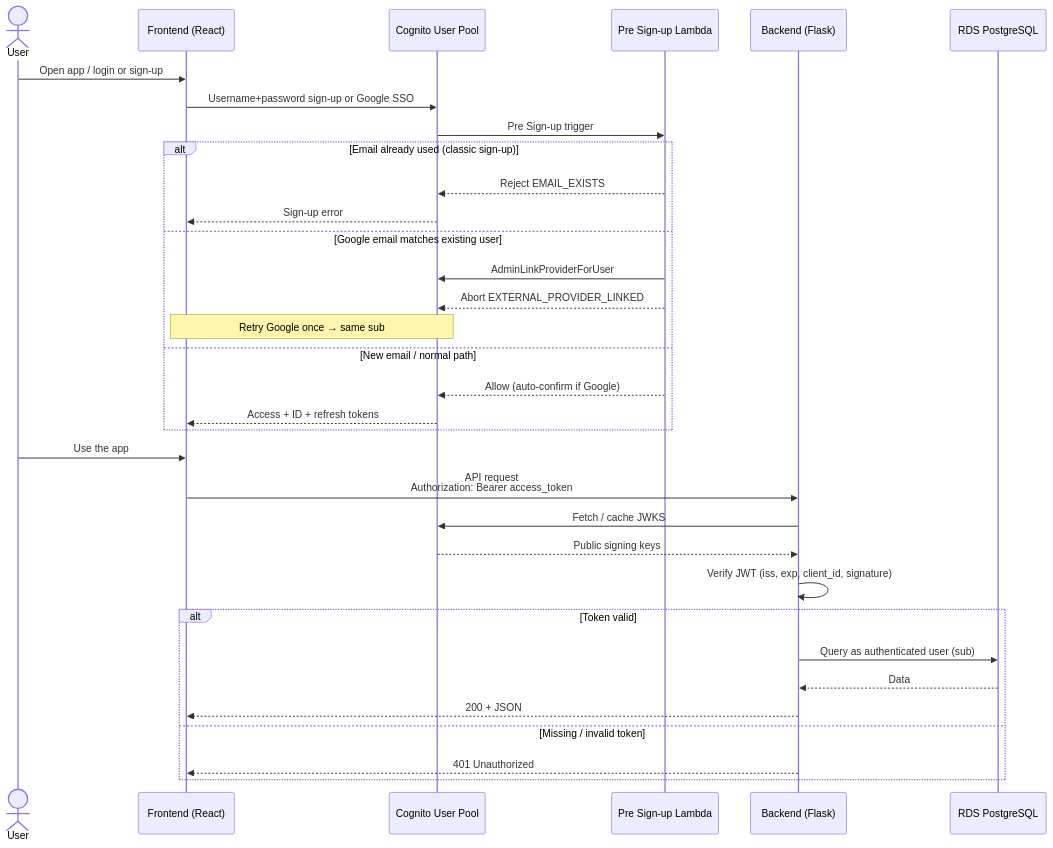
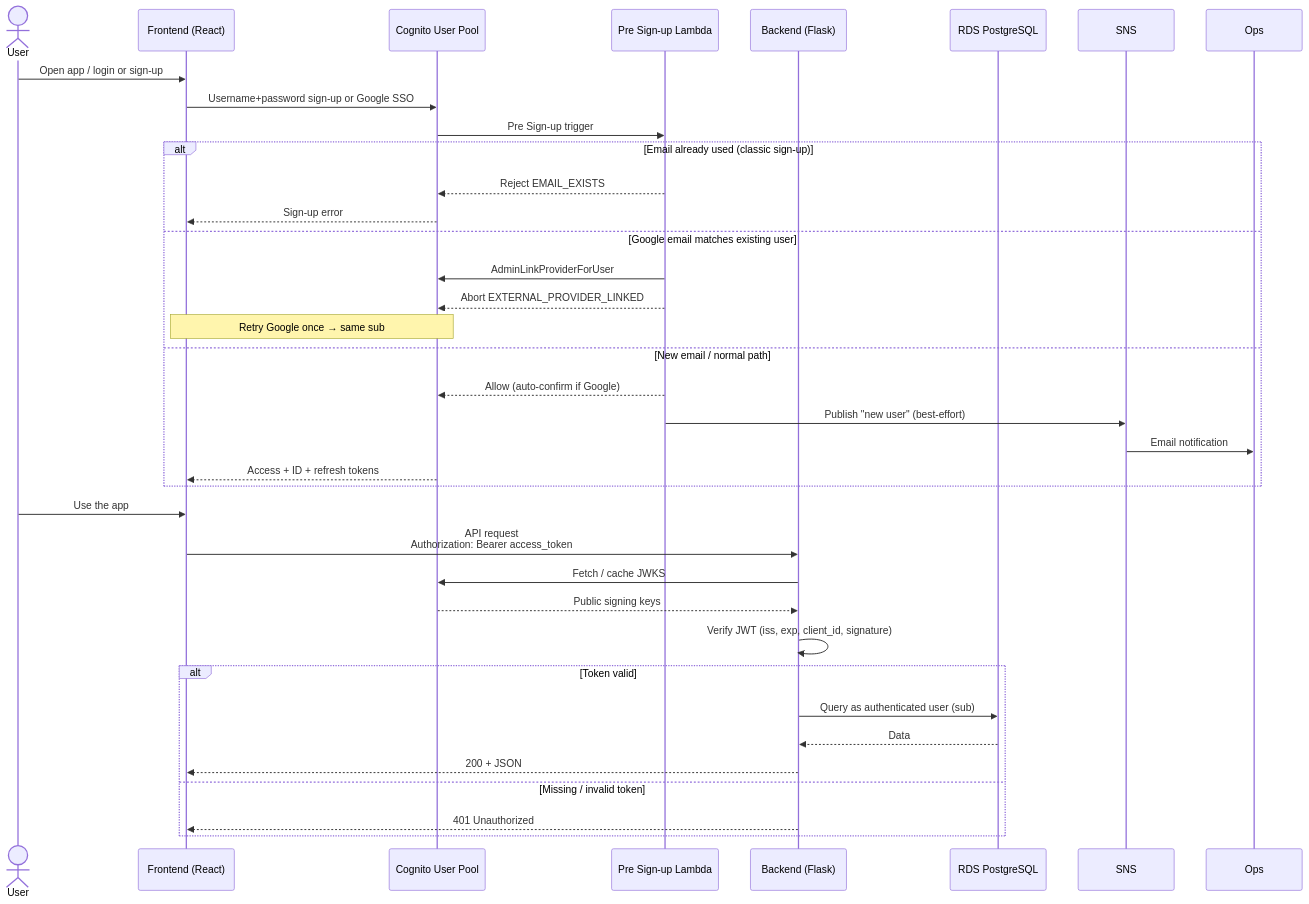
One commit to mazarsju/teacher-wang-infra changed the fourth of 9 diagrams in docs/architecture.md. Above: the diagram before and after it, drawn with Mermaid. The commit also changed other lines of this file and 5 other files, not shown here.

````diff
--- a/docs/architecture.md
+++ b/docs/architecture.md
@@ -85,37 +91,39 @@
 ```mermaid
 sequenceDiagram
   actor User
   participant FE as Frontend (React)
   participant Cognito as Cognito User Pool
   participant Lambda as Pre Sign-up Lambda
   participant BE as Backend (Flask)
   participant RDS as RDS PostgreSQL
 
   User->>FE: Open app / login or sign-up
   FE->>Cognito: Username+password sign-up or Google SSO
   Cognito->>Lambda: Pre Sign-up trigger
   alt Email already used (classic sign-up)
     Lambda-->>Cognito: Reject EMAIL_EXISTS
     Cognito-->>FE: Sign-up error
   else Google email matches existing user
     Lambda->>Cognito: AdminLinkProviderForUser
     Lambda-->>Cognito: Abort EXTERNAL_PROVIDER_LINKED
     Note over FE,Cognito: Retry Google once → same sub
   else New email / normal path
     Lambda-->>Cognito: Allow (auto-confirm if Google)
+    Lambda->>SNS: Publish "new user" (best-effort)
+    SNS->>Ops: Email notification
     Cognito-->>FE: Access + ID + refresh tokens
   end
 
   User->>FE: Use the app
   FE->>BE: API request<br/>Authorization: Bearer access_token
   BE->>Cognito: Fetch / cache JWKS
   Cognito-->>BE: Public signing keys
   BE->>BE: Verify JWT (iss, exp, client_id, signature)
   alt Token valid
     BE->>RDS: Query as authenticated user (sub)
     RDS-->>BE: Data
     BE-->>FE: 200 + JSON
   else Missing / invalid token
     BE-->>FE: 401 Unauthorized
   end
 ```
````
